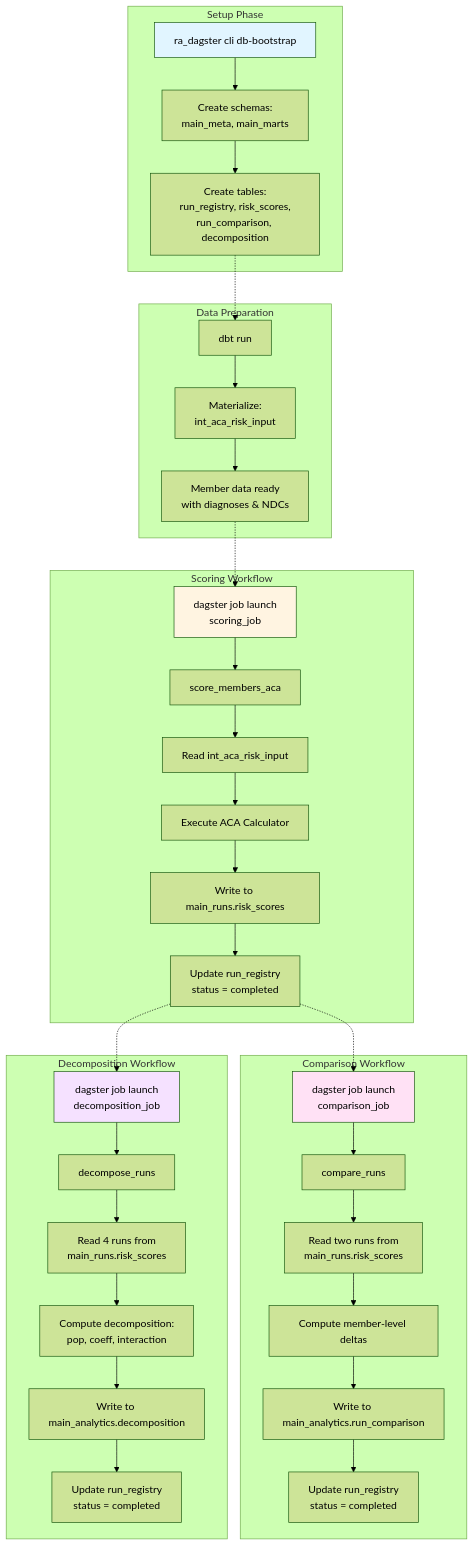
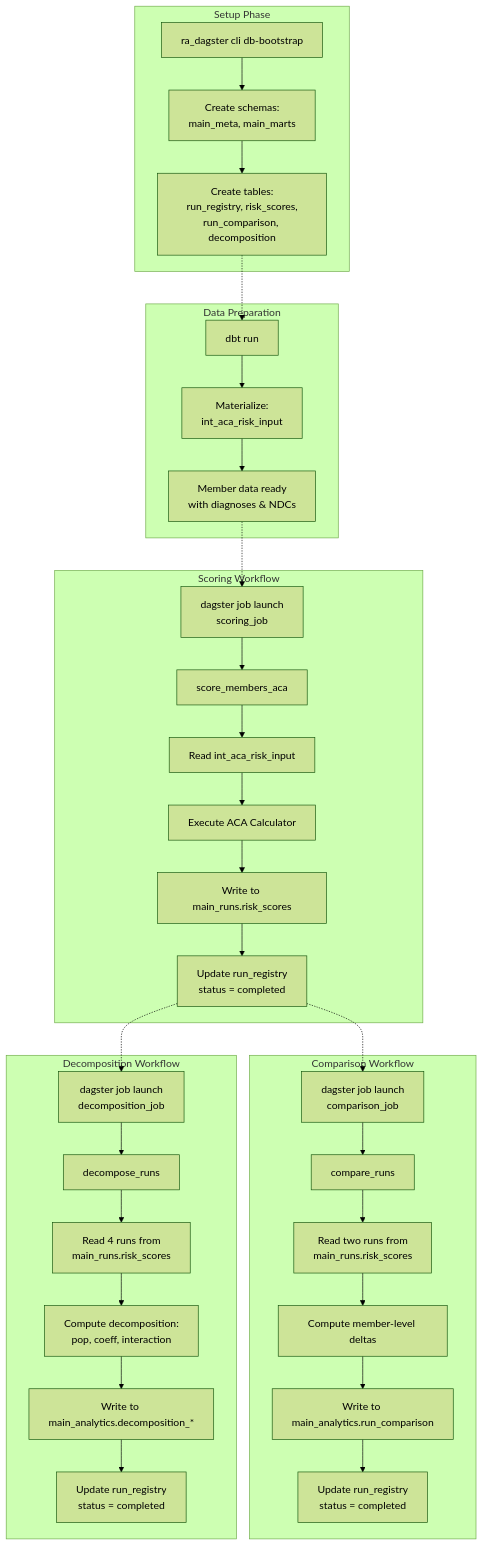
One commit to garthmortensen/prism changed the first of 4 diagrams in ra_dagster/README.md. Above: the diagram before and after it, drawn with Mermaid (forest theme). The commit also changed other lines of this file and 8 other files, not shown here.

````diff
--- a/ra_dagster/README.md
+++ b/ra_dagster/README.md
@@ -60,46 +60,41 @@
 ```mermaid
 graph TB
     subgraph "Setup Phase"
         A[ra_dagster cli db-bootstrap] --> B[Create schemas:<br/>main_meta, main_marts]
         B --> C[Create tables:<br/>run_registry, risk_scores,<br/>run_comparison, decomposition]
     end
 
     subgraph "Data Preparation"
         D[dbt run] --> E[Materialize:<br/>int_aca_risk_input]
         E --> F[Member data ready<br/>with diagnoses & NDCs]
     end
 
     subgraph "Scoring Workflow"
         G[dagster job launch<br/>scoring_job] --> H[score_members_aca]
         H --> I[Read int_aca_risk_input]
         I --> J[Execute ACA Calculator]
         J --> K[Write to main_runs.risk_scores]
         K --> L[Update run_registry<br/>status = completed]
     end
 
     subgraph "Comparison Workflow"
         M[dagster job launch<br/>comparison_job] --> N[compare_runs]
         N --> O[Read two runs from<br/>main_runs.risk_scores]
         O --> P[Compute member-level deltas]
         P --> Q[Write to main_analytics.run_comparison]
         Q --> R[Update run_registry<br/>status = completed]
     end
 
     subgraph "Decomposition Workflow"
         S[dagster job launch<br/>decomposition_job] --> T[decompose_runs]
         T --> U[Read 4 runs from<br/>main_runs.risk_scores]
         U --> V[Compute decomposition:<br/>pop, coeff, interaction]
-        V --> W[Write to main_analytics.decomposition]
+        V --> W[Write to main_analytics.decomposition_*]
         W --> X[Update run_registry<br/>status = completed]
     end
 
     C -.-> D
     F -.-> G
     L -.-> M
     L -.-> S
-
-    style A fill:#e1f5ff
-    style G fill:#fff4e1
-    style M fill:#ffe1f5
-    style S fill:#f5e1ff
 ```
````
